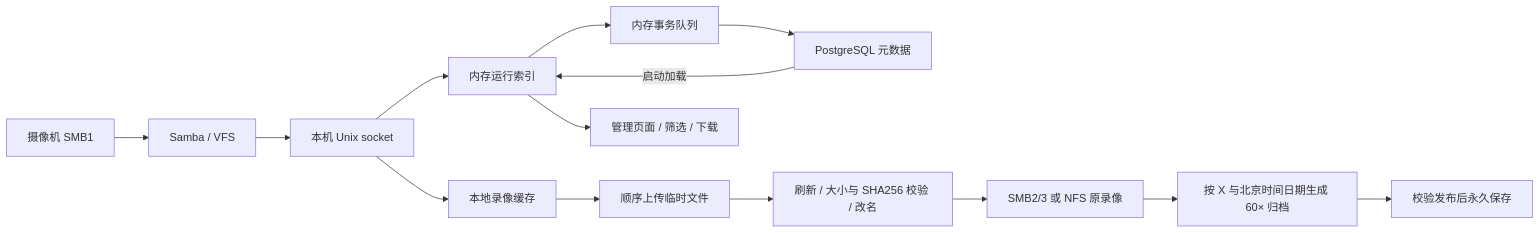
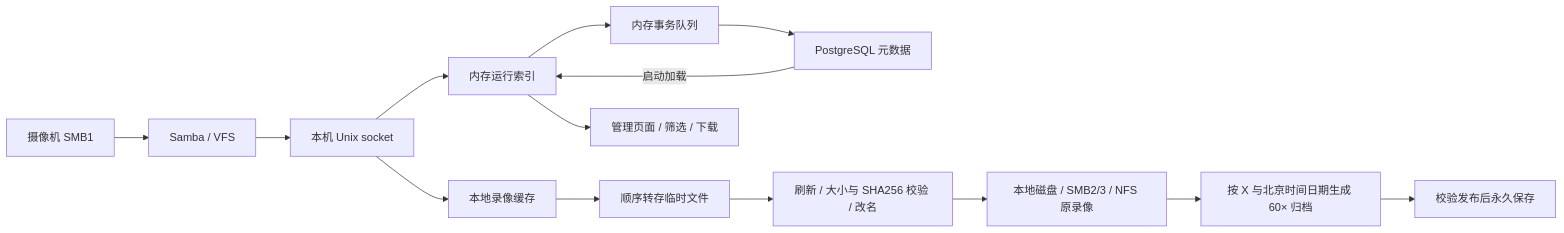
Before and after one commit to hsyhhssyy/CamMon: the diagram in README.md, drawn with Mermaid. The commit also changed other lines of this file and 20 other files, not shown here.

````diff
--- a/README.md
+++ b/README.md
@@ -136,16 +139,16 @@
 ```mermaid
 flowchart LR
     Camera[摄像机 SMB1] --> Samba[Samba / VFS]
     Samba --> RPC[本机 Unix socket]
     RPC --> Index[内存运行索引]
     Index --> Outbox[内存事务队列]
     Outbox --> PostgreSQL[PostgreSQL 元数据]
     PostgreSQL -->|启动加载| Index
     RPC --> Cache[本地录像缓存]
-    Cache --> Upload[顺序上传临时文件]
+    Cache --> Upload[顺序转存临时文件]
     Upload --> Verify[刷新 / 大小与 SHA256 校验 / 改名]
-    Verify --> Remote[SMB2/3 或 NFS 原录像]
+    Verify --> Remote[本地磁盘 / SMB2/3 / NFS 原录像]
     Remote --> Archive[按 X 与北京时间日期生成 60× 归档]
     Archive --> Permanent[校验发布后永久保存]
     Index --> Web[管理页面 / 筛选 / 下载]
 ```
````
